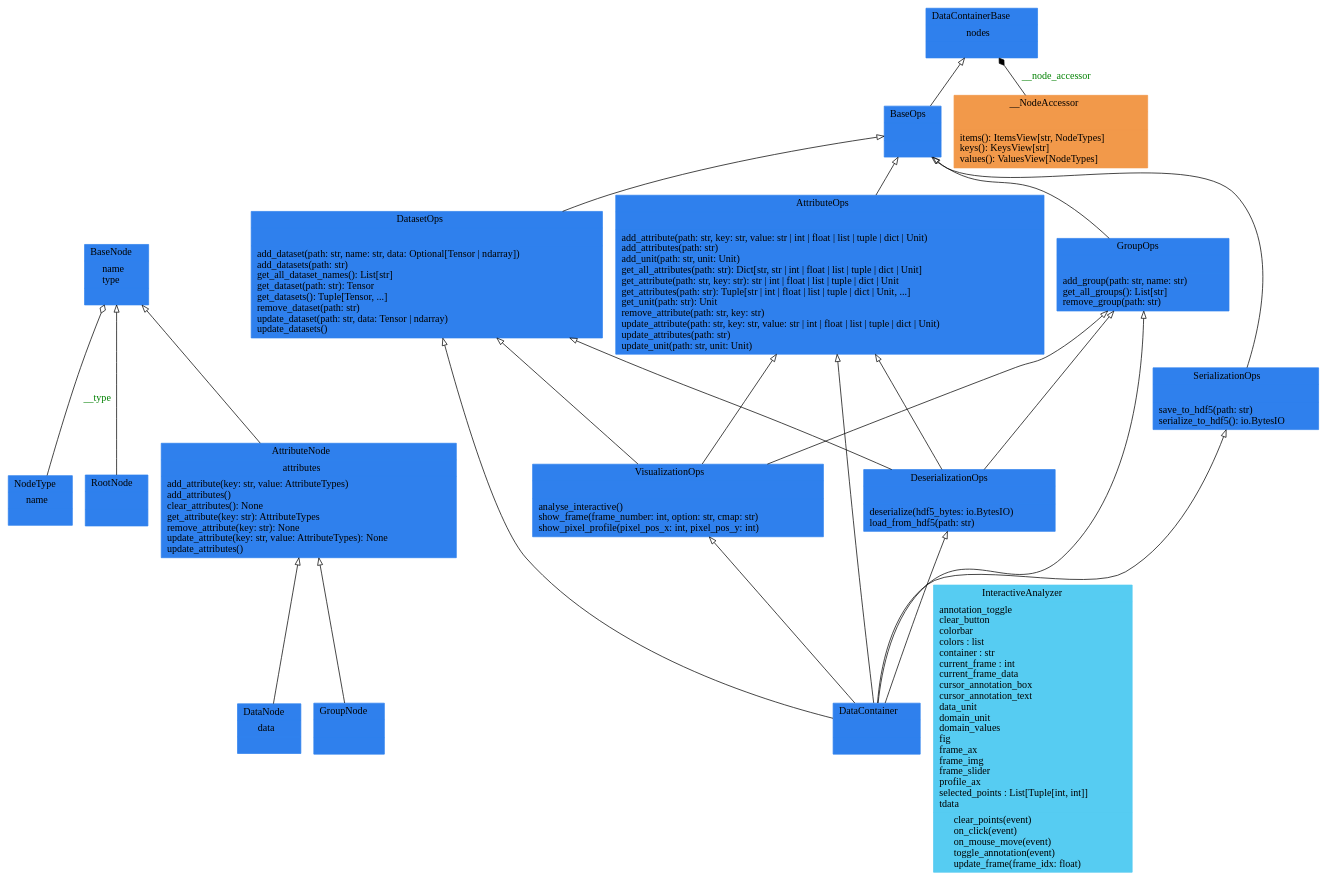
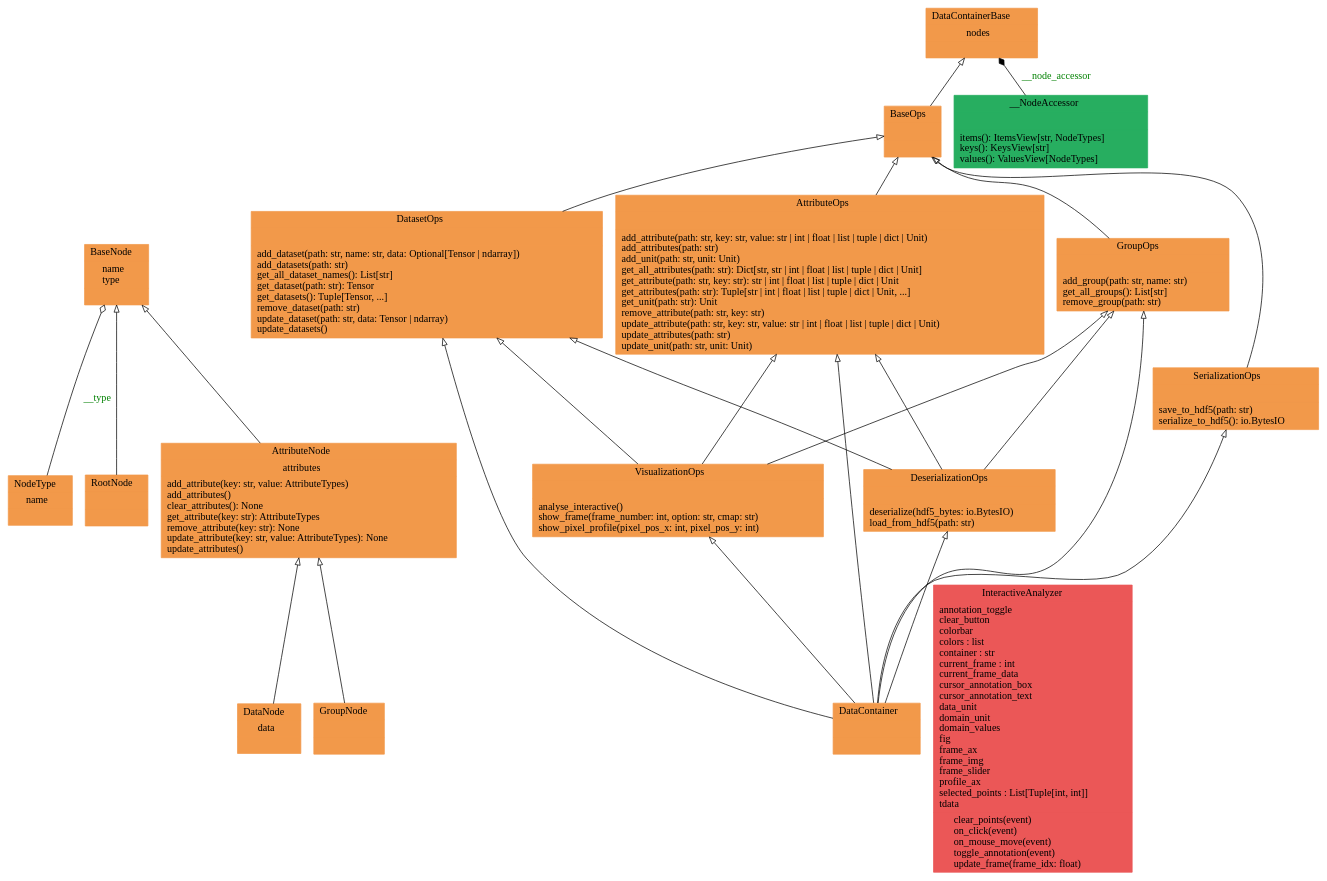
Before and after one commit to voidsy-gmbh/pyThermoNDT: the diagram in docs/pyreverse/classes_pythermondt.data.datacontainer.gv, drawn with Graphviz. The commit also changed 25 other files, not shown here.

Commit message:
Update pyreverse diagrams

```diff
--- a/docs/pyreverse/classes_pythermondt.data.datacontainer.gv
+++ b/docs/pyreverse/classes_pythermondt.data.datacontainer.gv
@@ -1,23 +1,23 @@
 digraph "classes_pythermondt.data.datacontainer" {
 rankdir=BT
 charset="utf-8"
-"pythermondt.data.datacontainer.node.AttributeNode" [color="#2F80ED", fontcolor="black", label=<{AttributeNode|attributes<br ALIGN="LEFT"/>|add_attribute(key: str, value: AttributeTypes)<br ALIGN="LEFT"/>add_attributes()<br ALIGN="LEFT"/>clear_attributes(): None<br ALIGN="LEFT"/>get_attribute(key: str): AttributeTypes<br ALIGN="LEFT"/>remove_attribute(key: str): None<br ALIGN="LEFT"/>update_attribute(key: str, value: AttributeTypes): None<br ALIGN="LEFT"/>update_attributes()<br ALIGN="LEFT"/>}>, shape="record", style="filled"];
-"pythermondt.data.datacontainer.attribute_ops.AttributeOps" [color="#2F80ED", fontcolor="black", label=<{AttributeOps|<br ALIGN="LEFT"/>|add_attribute(path: str, key: str, value: str \| int \| float \| list \| tuple \| dict \| Unit)<br ALIGN="LEFT"/>add_attributes(path: str)<br ALIGN="LEFT"/>add_unit(path: str, unit: Unit)<br ALIGN="LEFT"/>get_all_attributes(path: str): Dict[str, str \| int \| float \| list \| tuple \| dict \| Unit]<br ALIGN="LEFT"/>get_attribute(path: str, key: str): str \| int \| float \| list \| tuple \| dict \| Unit<br ALIGN="LEFT"/>get_attributes(path: str): Tuple[str \| int \| float \| list \| tuple \| dict \| Unit, ...]<br ALIGN="LEFT"/>get_unit(path: str): Unit<br ALIGN="LEFT"/>remove_attribute(path: str, key: str)<br ALIGN="LEFT"/>update_attribute(path: str, key: str, value: str \| int \| float \| list \| tuple \| dict \| Unit)<br ALIGN="LEFT"/>update_attributes(path: str)<br ALIGN="LEFT"/>update_unit(path: str, unit: Unit)<br ALIGN="LEFT"/>}>, shape="record", style="filled"];
-"pythermondt.data.datacontainer.node.BaseNode" [color="#2F80ED", fontcolor="black", label=<{BaseNode|name<br ALIGN="LEFT"/>type<br ALIGN="LEFT"/>|}>, shape="record", style="filled"];
-"pythermondt.data.datacontainer.base.BaseOps" [color="#2F80ED", fontcolor="black", label=<{BaseOps|<br ALIGN="LEFT"/>|}>, shape="record", style="filled"];
-"pythermondt.data.datacontainer.core.DataContainer" [color="#2F80ED", fontcolor="black", label=<{DataContainer|<br ALIGN="LEFT"/>|}>, shape="record", style="filled"];
-"pythermondt.data.datacontainer.base.DataContainerBase" [color="#2F80ED", fontcolor="black", label=<{DataContainerBase|nodes<br ALIGN="LEFT"/>|}>, shape="record", style="filled"];
-"pythermondt.data.datacontainer.node.DataNode" [color="#2F80ED", fontcolor="black", label=<{DataNode|data<br ALIGN="LEFT"/>|}>, shape="record", style="filled"];
-"pythermondt.data.datacontainer.dataset_ops.DatasetOps" [color="#2F80ED", fontcolor="black", label=<{DatasetOps|<br ALIGN="LEFT"/>|add_dataset(path: str, name: str, data: Optional[Tensor \| ndarray])<br ALIGN="LEFT"/>add_datasets(path: str)<br ALIGN="LEFT"/>get_all_dataset_names(): List[str]<br ALIGN="LEFT"/>get_dataset(path: str): Tensor<br ALIGN="LEFT"/>get_datasets(): Tuple[Tensor, ...]<br ALIGN="LEFT"/>remove_dataset(path: str)<br ALIGN="LEFT"/>update_dataset(path: str, data: Tensor \| ndarray)<br ALIGN="LEFT"/>update_datasets()<br ALIGN="LEFT"/>}>, shape="record", style="filled"];
-"pythermondt.data.datacontainer.serialization_ops.DeserializationOps" [color="#2F80ED", fontcolor="black", label=<{DeserializationOps|<br ALIGN="LEFT"/>|deserialize(hdf5_bytes: io.BytesIO)<br ALIGN="LEFT"/>load_from_hdf5(path: str)<br ALIGN="LEFT"/>}>, shape="record", style="filled"];
-"pythermondt.data.datacontainer.node.GroupNode" [color="#2F80ED", fontcolor="black", label=<{GroupNode|<br ALIGN="LEFT"/>|}>, shape="record", style="filled"];
-"pythermondt.data.datacontainer.group_ops.GroupOps" [color="#2F80ED", fontcolor="black", label=<{GroupOps|<br ALIGN="LEFT"/>|add_group(path: str, name: str)<br ALIGN="LEFT"/>get_all_groups(): List[str]<br ALIGN="LEFT"/>remove_group(path: str)<br ALIGN="LEFT"/>}>, shape="record", style="filled"];
-"pythermondt.data.datacontainer.visualization_ops.VisualizationOps.InteractiveAnalyzer" [color="#56CCF2", fontcolor="black", label=<{InteractiveAnalyzer|annotation_toggle<br ALIGN="LEFT"/>clear_button<br ALIGN="LEFT"/>colorbar<br ALIGN="LEFT"/>colors : list<br ALIGN="LEFT"/>container : str<br ALIGN="LEFT"/>current_frame : int<br ALIGN="LEFT"/>current_frame_data<br ALIGN="LEFT"/>cursor_annotation_box<br ALIGN="LEFT"/>cursor_annotation_text<br ALIGN="LEFT"/>data_unit<br ALIGN="LEFT"/>domain_unit<br ALIGN="LEFT"/>domain_values<br ALIGN="LEFT"/>fig<br ALIGN="LEFT"/>frame_ax<br ALIGN="LEFT"/>frame_img<br ALIGN="LEFT"/>frame_slider<br ALIGN="LEFT"/>profile_ax<br ALIGN="LEFT"/>selected_points : List[Tuple[int, int]]<br ALIGN="LEFT"/>tdata<br ALIGN="LEFT"/>|clear_points(event)<br ALIGN="LEFT"/>on_click(event)<br ALIGN="LEFT"/>on_mouse_move(event)<br ALIGN="LEFT"/>toggle_annotation(event)<br ALIGN="LEFT"/>update_frame(frame_idx: float)<br ALIGN="LEFT"/>}>, shape="record", style="filled"];
-"pythermondt.data.datacontainer.node.NodeType" [color="#2F80ED", fontcolor="black", label=<{NodeType|name<br ALIGN="LEFT"/>|}>, shape="record", style="filled"];
-"pythermondt.data.datacontainer.node.RootNode" [color="#2F80ED", fontcolor="black", label=<{RootNode|<br ALIGN="LEFT"/>|}>, shape="record", style="filled"];
-"pythermondt.data.datacontainer.serialization_ops.SerializationOps" [color="#2F80ED", fontcolor="black", label=<{SerializationOps|<br ALIGN="LEFT"/>|save_to_hdf5(path: str)<br ALIGN="LEFT"/>serialize_to_hdf5(): io.BytesIO<br ALIGN="LEFT"/>}>, shape="record", style="filled"];
-"pythermondt.data.datacontainer.visualization_ops.VisualizationOps" [color="#2F80ED", fontcolor="black", label=<{VisualizationOps|<br ALIGN="LEFT"/>|analyse_interactive()<br ALIGN="LEFT"/>show_frame(frame_number: int, option: str, cmap: str)<br ALIGN="LEFT"/>show_pixel_profile(pixel_pos_x: int, pixel_pos_y: int)<br ALIGN="LEFT"/>}>, shape="record", style="filled"];
-"pythermondt.data.datacontainer.base.DataContainerBase.__NodeAccessor" [color="#F2994A", fontcolor="black", label=<{__NodeAccessor|<br ALIGN="LEFT"/>|items(): ItemsView[str, NodeTypes]<br ALIGN="LEFT"/>keys(): KeysView[str]<br ALIGN="LEFT"/>values(): ValuesView[NodeTypes]<br ALIGN="LEFT"/>}>, shape="record", style="filled"];
+"pythermondt.data.datacontainer.node.AttributeNode" [color="#F2994A", fontcolor="black", label=<{AttributeNode|attributes<br ALIGN="LEFT"/>|add_attribute(key: str, value: AttributeTypes)<br ALIGN="LEFT"/>add_attributes()<br ALIGN="LEFT"/>clear_attributes(): None<br ALIGN="LEFT"/>get_attribute(key: str): AttributeTypes<br ALIGN="LEFT"/>remove_attribute(key: str): None<br ALIGN="LEFT"/>update_attribute(key: str, value: AttributeTypes): None<br ALIGN="LEFT"/>update_attributes()<br ALIGN="LEFT"/>}>, shape="record", style="filled"];
+"pythermondt.data.datacontainer.attribute_ops.AttributeOps" [color="#F2994A", fontcolor="black", label=<{AttributeOps|<br ALIGN="LEFT"/>|add_attribute(path: str, key: str, value: str \| int \| float \| list \| tuple \| dict \| Unit)<br ALIGN="LEFT"/>add_attributes(path: str)<br ALIGN="LEFT"/>add_unit(path: str, unit: Unit)<br ALIGN="LEFT"/>get_all_attributes(path: str): Dict[str, str \| int \| float \| list \| tuple \| dict \| Unit]<br ALIGN="LEFT"/>get_attribute(path: str, key: str): str \| int \| float \| list \| tuple \| dict \| Unit<br ALIGN="LEFT"/>get_attributes(path: str): Tuple[str \| int \| float \| list \| tuple \| dict \| Unit, ...]<br ALIGN="LEFT"/>get_unit(path: str): Unit<br ALIGN="LEFT"/>remove_attribute(path: str, key: str)<br ALIGN="LEFT"/>update_attribute(path: str, key: str, value: str \| int \| float \| list \| tuple \| dict \| Unit)<br ALIGN="LEFT"/>update_attributes(path: str)<br ALIGN="LEFT"/>update_unit(path: str, unit: Unit)<br ALIGN="LEFT"/>}>, shape="record", style="filled"];
+"pythermondt.data.datacontainer.node.BaseNode" [color="#F2994A", fontcolor="black", label=<{BaseNode|name<br ALIGN="LEFT"/>type<br ALIGN="LEFT"/>|}>, shape="record", style="filled"];
+"pythermondt.data.datacontainer.base.BaseOps" [color="#F2994A", fontcolor="black", label=<{BaseOps|<br ALIGN="LEFT"/>|}>, shape="record", style="filled"];
+"pythermondt.data.datacontainer.core.DataContainer" [color="#F2994A", fontcolor="black", label=<{DataContainer|<br ALIGN="LEFT"/>|}>, shape="record", style="filled"];
+"pythermondt.data.datacontainer.base.DataContainerBase" [color="#F2994A", fontcolor="black", label=<{DataContainerBase|nodes<br ALIGN="LEFT"/>|}>, shape="record", style="filled"];
+"pythermondt.data.datacontainer.node.DataNode" [color="#F2994A", fontcolor="black", label=<{DataNode|data<br ALIGN="LEFT"/>|}>, shape="record", style="filled"];
+"pythermondt.data.datacontainer.dataset_ops.DatasetOps" [color="#F2994A", fontcolor="black", label=<{DatasetOps|<br ALIGN="LEFT"/>|add_dataset(path: str, name: str, data: Optional[Tensor \| ndarray])<br ALIGN="LEFT"/>add_datasets(path: str)<br ALIGN="LEFT"/>get_all_dataset_names(): List[str]<br ALIGN="LEFT"/>get_dataset(path: str): Tensor<br ALIGN="LEFT"/>get_datasets(): Tuple[Tensor, ...]<br ALIGN="LEFT"/>remove_dataset(path: str)<br ALIGN="LEFT"/>update_dataset(path: str, data: Tensor \| ndarray)<br ALIGN="LEFT"/>update_datasets()<br ALIGN="LEFT"/>}>, shape="record", style="filled"];
+"pythermondt.data.datacontainer.serialization_ops.DeserializationOps" [color="#F2994A", fontcolor="black", label=<{DeserializationOps|<br ALIGN="LEFT"/>|deserialize(hdf5_bytes: io.BytesIO)<br ALIGN="LEFT"/>load_from_hdf5(path: str)<br ALIGN="LEFT"/>}>, shape="record", style="filled"];
+"pythermondt.data.datacontainer.node.GroupNode" [color="#F2994A", fontcolor="black", label=<{GroupNode|<br ALIGN="LEFT"/>|}>, shape="record", style="filled"];
+"pythermondt.data.datacontainer.group_ops.GroupOps" [color="#F2994A", fontcolor="black", label=<{GroupOps|<br ALIGN="LEFT"/>|add_group(path: str, name: str)<br ALIGN="LEFT"/>get_all_groups(): List[str]<br ALIGN="LEFT"/>remove_group(path: str)<br ALIGN="LEFT"/>}>, shape="record", style="filled"];
+"pythermondt.data.datacontainer.visualization_ops.VisualizationOps.InteractiveAnalyzer" [color="#EB5757", fontcolor="black", label=<{InteractiveAnalyzer|annotation_toggle<br ALIGN="LEFT"/>clear_button<br ALIGN="LEFT"/>colorbar<br ALIGN="LEFT"/>colors : list<br ALIGN="LEFT"/>container : str<br ALIGN="LEFT"/>current_frame : int<br ALIGN="LEFT"/>current_frame_data<br ALIGN="LEFT"/>cursor_annotation_box<br ALIGN="LEFT"/>cursor_annotation_text<br ALIGN="LEFT"/>data_unit<br ALIGN="LEFT"/>domain_unit<br ALIGN="LEFT"/>domain_values<br ALIGN="LEFT"/>fig<br ALIGN="LEFT"/>frame_ax<br ALIGN="LEFT"/>frame_img<br ALIGN="LEFT"/>frame_slider<br ALIGN="LEFT"/>profile_ax<br ALIGN="LEFT"/>selected_points : List[Tuple[int, int]]<br ALIGN="LEFT"/>tdata<br ALIGN="LEFT"/>|clear_points(event)<br ALIGN="LEFT"/>on_click(event)<br ALIGN="LEFT"/>on_mouse_move(event)<br ALIGN="LEFT"/>toggle_annotation(event)<br ALIGN="LEFT"/>update_frame(frame_idx: float)<br ALIGN="LEFT"/>}>, shape="record", style="filled"];
+"pythermondt.data.datacontainer.node.NodeType" [color="#F2994A", fontcolor="black", label=<{NodeType|name<br ALIGN="LEFT"/>|}>, shape="record", style="filled"];
+"pythermondt.data.datacontainer.node.RootNode" [color="#F2994A", fontcolor="black", label=<{RootNode|<br ALIGN="LEFT"/>|}>, shape="record", style="filled"];
+"pythermondt.data.datacontainer.serialization_ops.SerializationOps" [color="#F2994A", fontcolor="black", label=<{SerializationOps|<br ALIGN="LEFT"/>|save_to_hdf5(path: str)<br ALIGN="LEFT"/>serialize_to_hdf5(): io.BytesIO<br ALIGN="LEFT"/>}>, shape="record", style="filled"];
+"pythermondt.data.datacontainer.visualization_ops.VisualizationOps" [color="#F2994A", fontcolor="black", label=<{VisualizationOps|<br ALIGN="LEFT"/>|analyse_interactive()<br ALIGN="LEFT"/>show_frame(frame_number: int, option: str, cmap: str)<br ALIGN="LEFT"/>show_pixel_profile(pixel_pos_x: int, pixel_pos_y: int)<br ALIGN="LEFT"/>}>, shape="record", style="filled"];
+"pythermondt.data.datacontainer.base.DataContainerBase.__NodeAccessor" [color="#27AE60", fontcolor="black", label=<{__NodeAccessor|<br ALIGN="LEFT"/>|items(): ItemsView[str, NodeTypes]<br ALIGN="LEFT"/>keys(): KeysView[str]<br ALIGN="LEFT"/>values(): ValuesView[NodeTypes]<br ALIGN="LEFT"/>}>, shape="record", style="filled"];
 "pythermondt.data.datacontainer.attribute_ops.AttributeOps" -> "pythermondt.data.datacontainer.base.BaseOps" [arrowhead="empty", arrowtail="none"];
 "pythermondt.data.datacontainer.base.BaseOps" -> "pythermondt.data.datacontainer.base.DataContainerBase" [arrowhead="empty", arrowtail="none"];
 "pythermondt.data.datacontainer.core.DataContainer" -> "pythermondt.data.datacontainer.attribute_ops.AttributeOps" [arrowhead="empty", arrowtail="none"];
```
